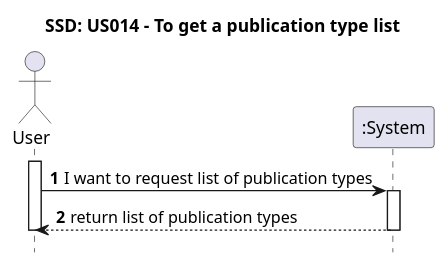
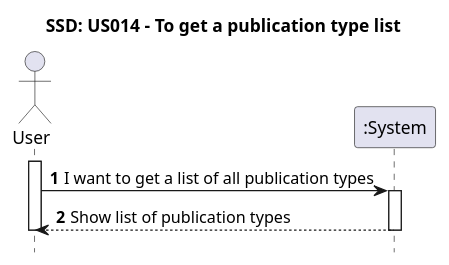
One commit to AndrePereiraGitH/SWitCH-Project-Team_A changed the diagram in Diagrams/SequenceDiagrams/N1/US014-to-get-publication-type-list.puml. Above: the diagram before and after it, drawn with PlantUML. The commit also changed 1 other file, not shown here.

```diff
--- a/Diagrams/SequenceDiagrams/N1/US014-to-get-publication-type-list.puml
+++ b/Diagrams/SequenceDiagrams/N1/US014-to-get-publication-type-list.puml
@@ -1,19 +1,19 @@
 @startuml
 
 autonumber
 hide footbox
 title SSD: US014 - To get a publication type list
 
 actor "User" as User
 participant ":System" as System
 
 activate User
 
-    User -> System : I want to request list of publication types
+    User -> System : I want to get a list of all publication types
     activate System
 
-    System --> User : return list of publication types
+    System --> User : Show list of publication types
     deactivate System
 
 deactivate User
 @enduml
```
